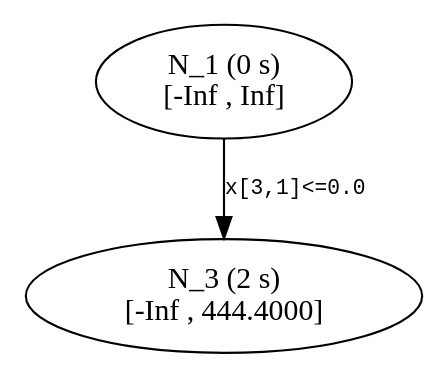
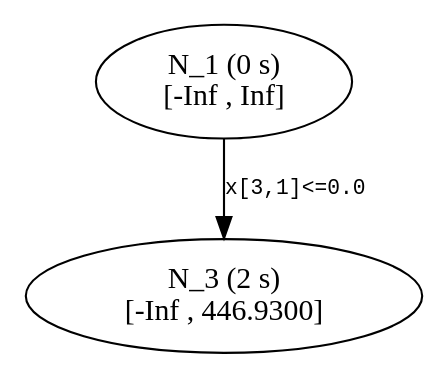
One commit to atoptima/Coluna.jl changed the diagram in dev/start/tree2.dot. Above: the diagram before and after it, drawn with Graphviz. The commit also changed 17 other files, not shown here.

```diff
--- a/dev/start/tree2.dot
+++ b/dev/start/tree2.dot
@@ -1,8 +1,8 @@
 ## dot -Tpdf thisfile > thisfile.pdf 
 
 digraph Branching_Tree {
 	edge[fontname = "Courier", fontsize = 10];
 	n1 [label= "N_1 (0 s) \n[-Inf , Inf]"];
-	n3 [label= "N_3 (2 s) \n[-Inf , 444.4000]"];
+	n3 [label= "N_3 (2 s) \n[-Inf , 446.9300]"];
 	n1 -> n3 [label= "x[3,1]<=0.0"];
 }
```
